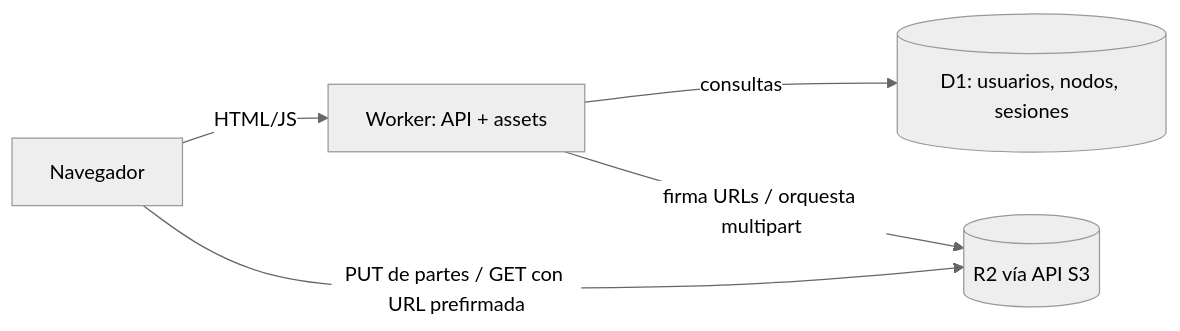
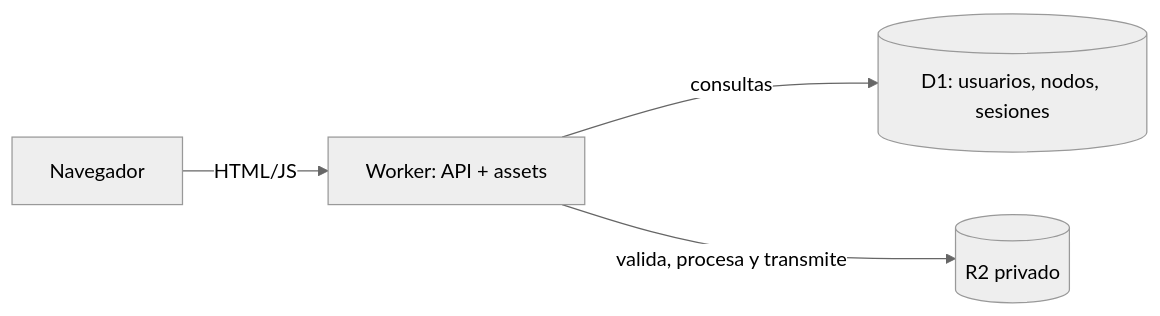
One commit to programadorkevinsvega-sys/vega-drive changed the diagram in README.md. Above: the diagram before and after it, drawn with Mermaid (neutral theme). The commit also changed other lines of this file and 2 other files, not shown here.

````diff
--- a/README.md
+++ b/README.md
@@ -38,7 +38,6 @@
 ```mermaid
 flowchart LR
     B[Navegador] -- HTML/JS --> W[Worker: API + assets]
     W -- consultas --> D[(D1: usuarios, nodos, sesiones)]
-    W -- firma URLs / orquesta multipart --> R[(R2 vía API S3)]
-    B -- PUT de partes / GET con URL prefirmada --> R
+    W -- valida, procesa y transmite --> R[(R2 privado)]
 ```
````
